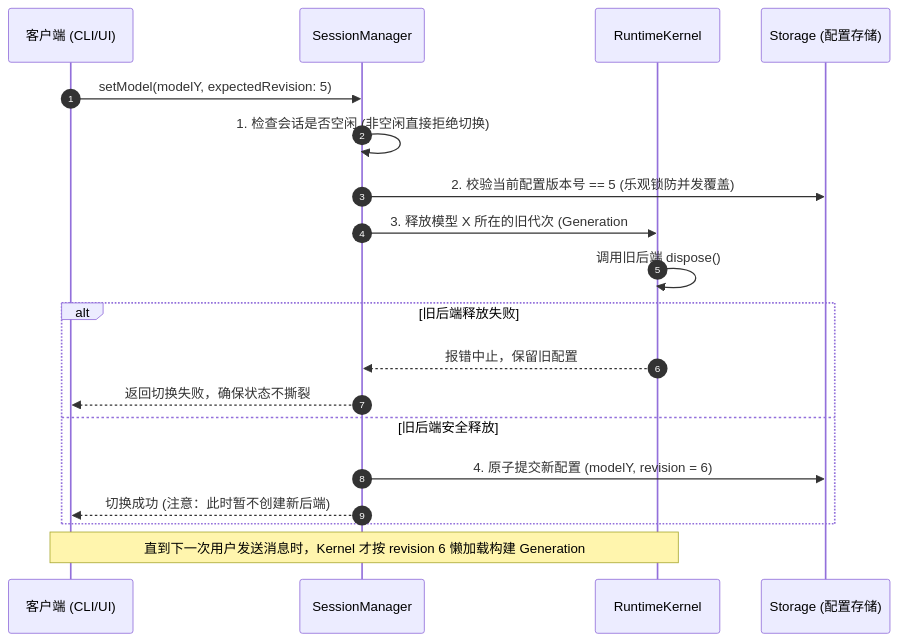
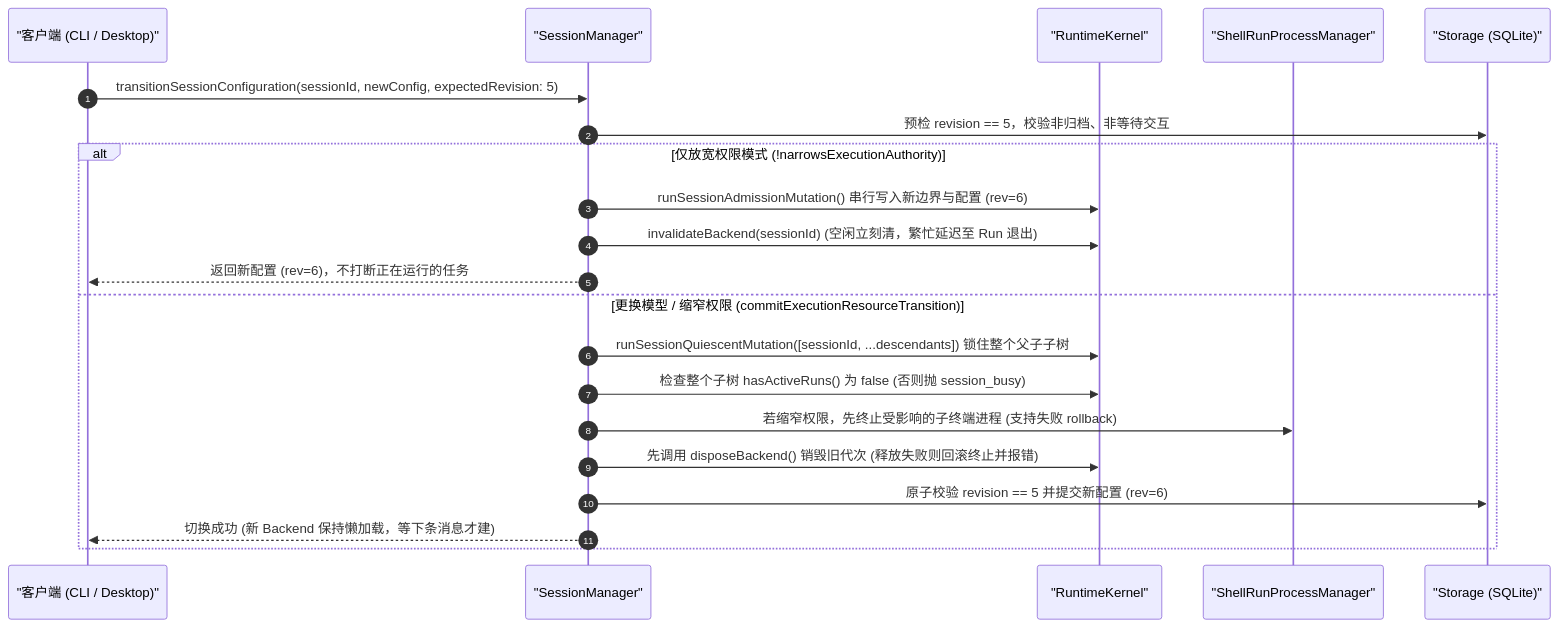
Before and after one commit to suger-m/agent-infrastructure-docs: the second of 3 diagrams in maka-agent-infra/01-runtime/provider-configuration.md, drawn with Mermaid. The commit also changed other lines of this file and 31 other files, not shown here.

````diff
--- a/maka-agent-infra/01-runtime/provider-configuration.md
+++ b/maka-agent-infra/01-runtime/provider-configuration.md
@@ -66,24 +71,25 @@
 ```mermaid
 sequenceDiagram
     autonumber
-    participant CLI as 客户端 (CLI/UI)
-    participant SM as SessionManager
-    participant Kernel as RuntimeKernel
-    participant Store as Storage (配置存储)
+    participant Client as "客户端 (CLI / Desktop)"
+    participant SM as "SessionManager"
+    participant Kernel as "RuntimeKernel"
+    participant Shell as "ShellRunProcessManager"
+    participant Store as "Storage (SQLite)"
 
-    CLI->>SM: setModel(modelY, expectedRevision: 5)
-    SM->>SM: 1. 检查会话是否空闲 (非空闲直接拒绝切换)
-    SM->>Store: 2. 校验当前配置版本号 == 5 (乐观锁防并发覆盖)
-    SM->>Kernel: 3. 释放模型 X 所在的旧代次 (Generation #1)
-    Kernel->>Kernel: 调用旧后端 dispose()
-    
-    alt 旧后端释放失败
-        Kernel-->>SM: 报错中止，保留旧配置
-        SM-->>CLI: 返回切换失败，确保状态不撕裂
-    else 旧后端安全释放
-        SM->>Store: 4. 原子提交新配置 (modelY, revision = 6)
-        SM-->>CLI: 切换成功 (注意：此时暂不创建新后端)
+    Client->>SM: transitionSessionConfiguration(sessionId, newConfig, expectedRevision: 5)
+    SM->>Store: 预检 revision == 5，校验非归档、非等待交互
+
+    alt 仅放宽权限模式 (!narrowsExecutionAuthority)
+        SM->>Kernel: runSessionAdmissionMutation() 串行写入新边界与配置 (rev=6)
+        SM->>Kernel: invalidateBackend(sessionId) (空闲立刻清，繁忙延迟至 Run 退出)
+        SM-->>Client: 返回新配置 (rev=6)，不打断正在运行的任务
+    else 更换模型 / 缩窄权限 (commitExecutionResourceTransition)
+        SM->>Kernel: runSessionQuiescentMutation([sessionId, ...descendants]) 锁住整个父子子树
+        SM->>Kernel: 检查整个子树 hasActiveRuns() 为 false (否则抛 session_busy)
+        SM->>Shell: 若缩窄权限，先终止受影响的子终端进程 (支持失败 rollback)
+        SM->>Kernel: 先调用 disposeBackend() 销毁旧代次 (释放失败则回滚终止并报错)
+        SM->>Store: 原子校验 revision == 5 并提交新配置 (rev=6)
+        SM-->>Client: 切换成功 (新 Backend 保持懒加载，等下条消息才建)
     end
-    
-    Note over CLI,Kernel: 直到下一次用户发送消息时，Kernel 才按 revision 6 懒加载构建 Generation #2
 ```
````
